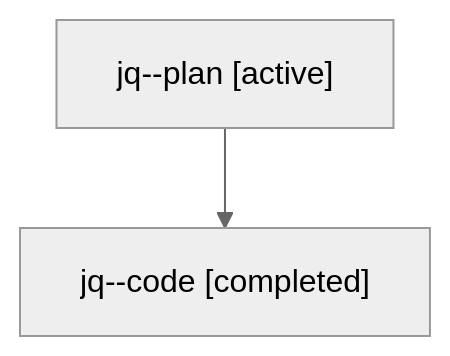
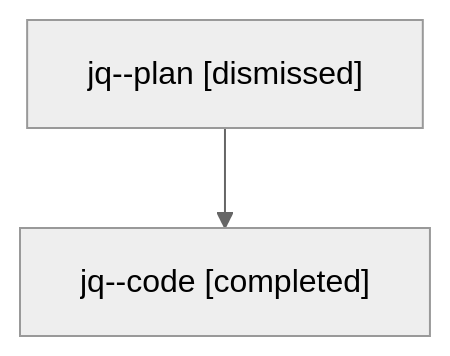
Before and after one commit to sase-org/sase--agents: the diagram in sessions/bbugyi200.athena.jq.md, drawn with Mermaid (neutral theme). The commit also changed other lines of this file and 50 other files, not shown here.

````diff
--- a/sessions/bbugyi200.athena.jq.md
+++ b/sessions/bbugyi200.athena.jq.md
@@ -9,6 +9,6 @@
 ```mermaid
 flowchart TD
-  n0["jq--plan [active]"]
+  n0["jq--plan [dismissed]"]
   n1["jq--code [completed]"]
   n0 --> n1
 ```
````
